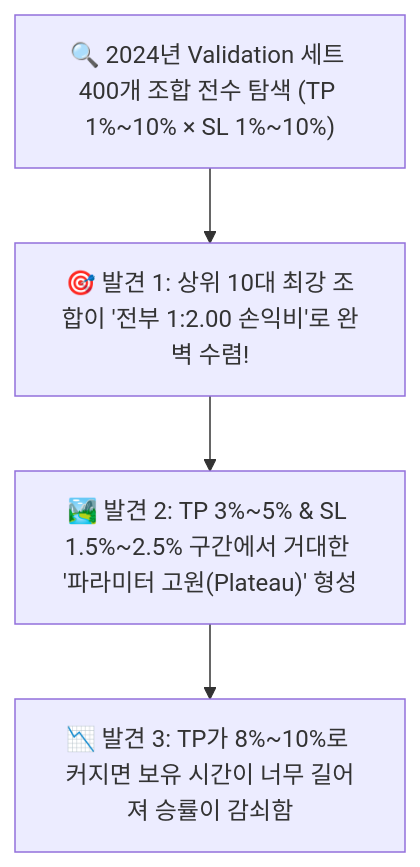
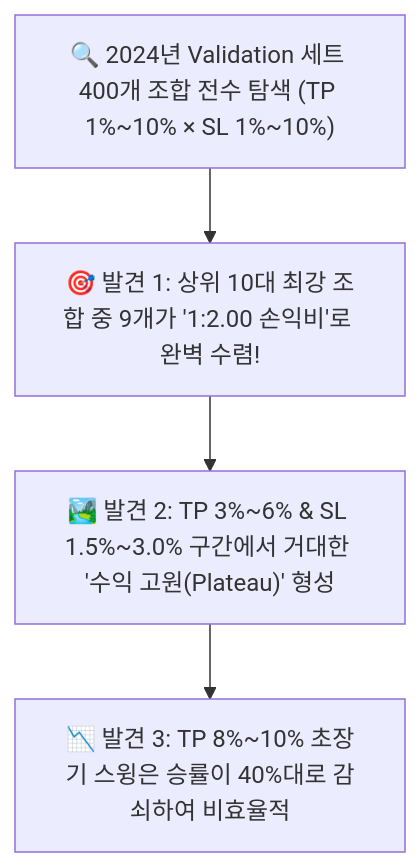
The diagram in results/reports/strat03_step5_tpsl_wide_grid_report.md (isltod/extreme-trading-experiments), drawn with Mermaid before and after one commit. The commit also changed other lines of this file and 5 other files, not shown here.

````diff
--- a/results/reports/strat03_step5_tpsl_wide_grid_report.md
+++ b/results/reports/strat03_step5_tpsl_wide_grid_report.md
@@ -19,10 +19,10 @@
 ```mermaid
 flowchart TD
     Grid["🔍 2024년 Validation 세트 400개 조합 전수 탐색 (TP 1%~10% × SL 1%~10%)"]
     
-    Discovery1["🎯 발견 1: 상위 10대 최강 조합이 '전부 1:2.00 손익비'로 완벽 수렴!"]
-    Discovery2["🏞️ 발견 2: TP 3%~5% & SL 1.5%~2.5% 구간에서 거대한 '파라미터 고원(Plateau)' 형성"]
-    Discovery3["📉 발견 3: TP가 8%~10%로 커지면 보유 시간이 너무 길어져 승률이 감쇠함"]
+    Discovery1["🎯 발견 1: 상위 10대 최강 조합 중 9개가 '1:2.00 손익비'로 완벽 수렴!"]
+    Discovery2["🏞️ 발견 2: TP 3%~6% & SL 1.5%~3.0% 구간에서 거대한 '수익 고원(Plateau)' 형성"]
+    Discovery3["📉 발견 3: TP 8%~10% 초장기 스윙은 승률이 40%대로 감쇠하여 비효율적"]
 
     Grid --> Discovery1 --> Discovery2 --> Discovery3
 ```
````
